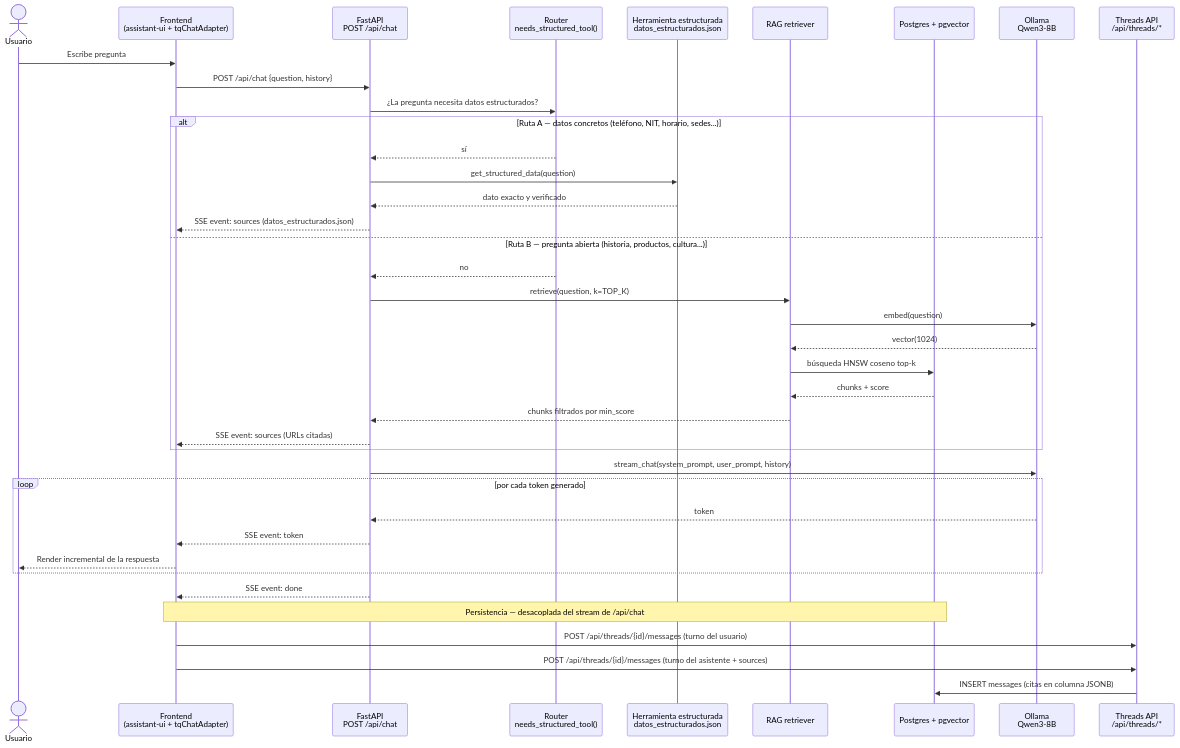
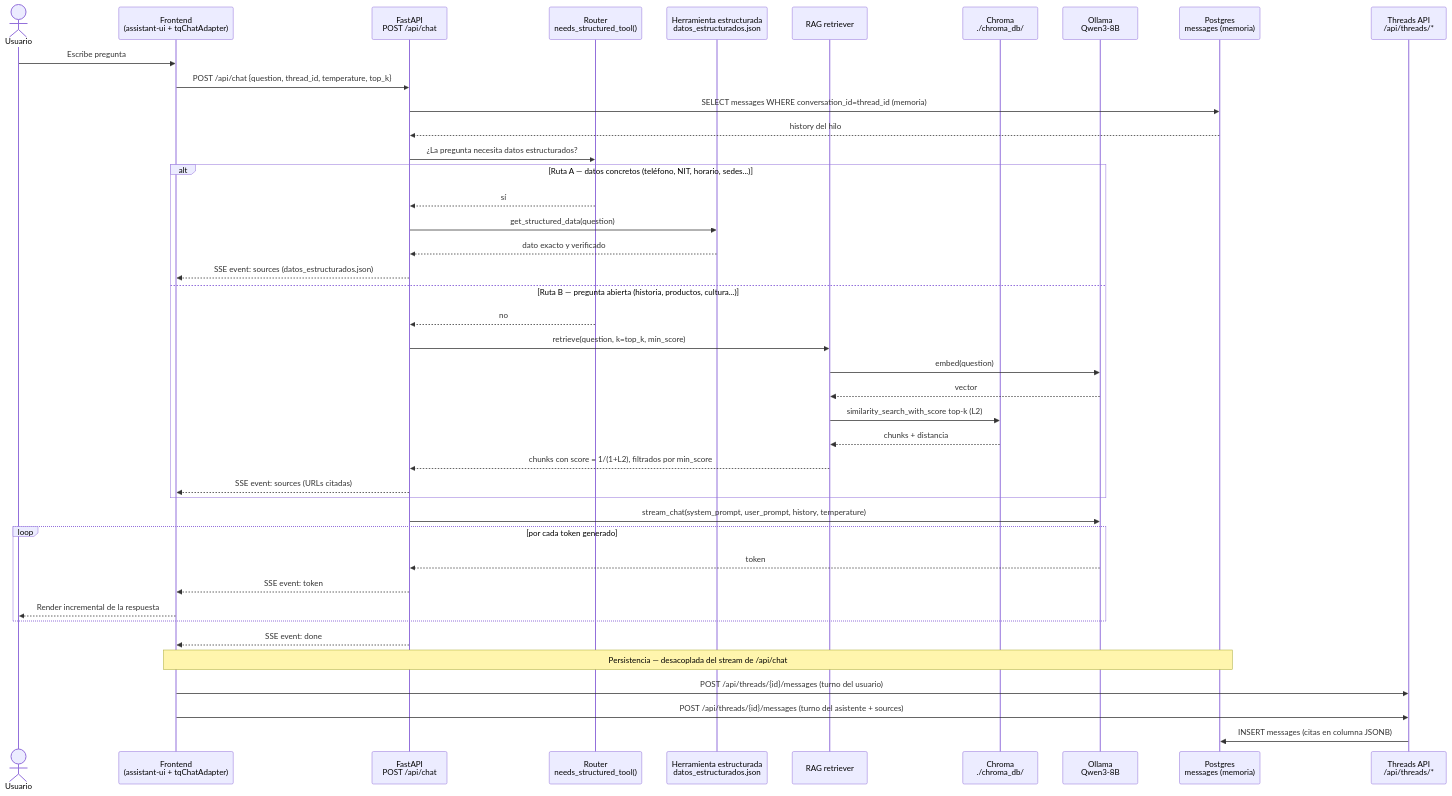
Before and after one commit to dimarior/tq_chatbot: the first of 3 diagrams in README.md, drawn with Mermaid. The commit also changed other lines of this file and 7 other files, not shown here.

````diff
--- a/README.md
+++ b/README.md
@@ -39,45 +41,48 @@
 ```mermaid
 sequenceDiagram
     actor U as Usuario
     participant FE as Frontend<br/>(assistant-ui + tqChatAdapter)
     participant API as FastAPI<br/>POST /api/chat
     participant RT as Router<br/>needs_structured_tool()
     participant ST as Herramienta estructurada<br/>datos_estructurados.json
     participant RAG as RAG retriever
-    participant PG as Postgres + pgvector
+    participant CH as Chroma<br/>./chroma_db/
     participant OL as Ollama<br/>Qwen3-8B
+    participant PG as Postgres<br/>messages (memoria)
     participant TH as Threads API<br/>/api/threads/*
 
     U->>FE: Escribe pregunta
-    FE->>API: POST /api/chat {question, history}
+    FE->>API: POST /api/chat {question, thread_id, temperature, top_k}
+    API->>PG: SELECT messages WHERE conversation_id=thread_id (memoria)
+    PG-->>API: history del hilo
     API->>RT: ¿La pregunta necesita datos estructurados?
 
     alt Ruta A — datos concretos (teléfono, NIT, horario, sedes...)
         RT-->>API: sí
         API->>ST: get_structured_data(question)
         ST-->>API: dato exacto y verificado
         API-->>FE: SSE event: sources (datos_estructurados.json)
     else Ruta B — pregunta abierta (historia, productos, cultura...)
         RT-->>API: no
-        API->>RAG: retrieve(question, k=TOP_K)
+        API->>RAG: retrieve(question, k=top_k, min_score)
         RAG->>OL: embed(question)
-        OL-->>RAG: vector(1024)
-        RAG->>PG: búsqueda HNSW coseno top-k
-        PG-->>RAG: chunks + score
-        RAG-->>API: chunks filtrados por min_score
+        OL-->>RAG: vector
+        RAG->>CH: similarity_search_with_score top-k (L2)
+        CH-->>RAG: chunks + distancia
+        RAG-->>API: chunks con score = 1/(1+L2), filtrados por min_score
         API-->>FE: SSE event: sources (URLs citadas)
     end
 
-    API->>OL: stream_chat(system_prompt, user_prompt, history)
+    API->>OL: stream_chat(system_prompt, user_prompt, history, temperature)
     loop por cada token generado
         OL-->>API: token
         API-->>FE: SSE event: token
         FE-->>U: Render incremental de la respuesta
     end
     API-->>FE: SSE event: done
 
     Note over FE,PG: Persistencia — desacoplada del stream de /api/chat
     FE->>TH: POST /api/threads/{id}/messages (turno del usuario)
     FE->>TH: POST /api/threads/{id}/messages (turno del asistente + sources)
     TH->>PG: INSERT messages (citas en columna JSONB)
 ```
````
